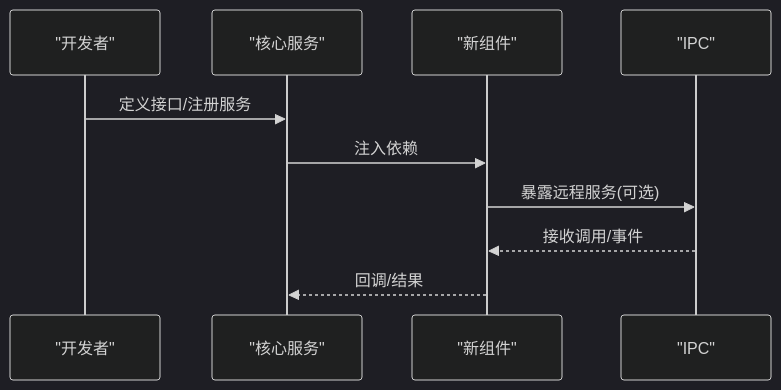
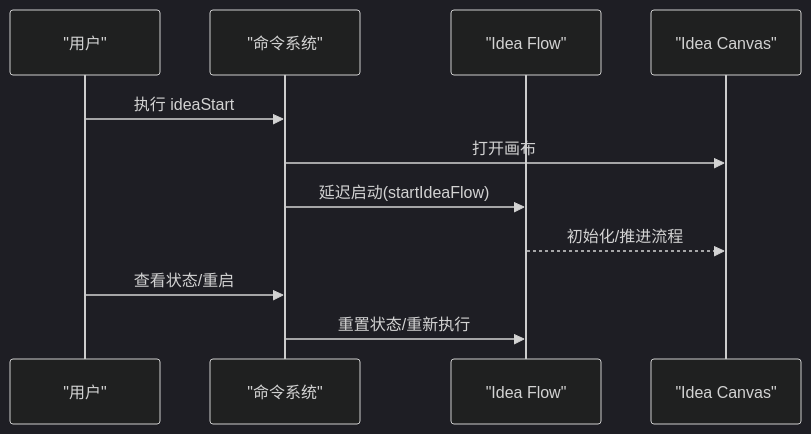
The eighth of 9 diagrams in .qoder/repowiki/zh/content/架构设计/组件交互模式.md (sofate798/KodrixCode), drawn with Mermaid (dark theme) before and after one commit. The commit also changed other lines of this file and 178 other files, not shown here.

````diff
--- a/.qoder/repowiki/zh/content/架构设计/组件交互模式.md
+++ b/.qoder/repowiki/zh/content/架构设计/组件交互模式.md
@@ -273,12 +278,13 @@
 ```mermaid
 sequenceDiagram
-participant Dev as "开发者"
-participant Core as "核心服务"
-participant NewComp as "新组件"
-participant IPC as "IPC"
-Dev->>Core : 定义接口/注册服务
-Core->>NewComp : 注入依赖
-NewComp->>IPC : 暴露远程服务(可选)
-IPC-->>NewComp : 接收调用/事件
-NewComp-->>Core : 回调/结果
+participant User as "用户"
+participant Cmd as "命令系统"
+participant Flow as "Idea Flow"
+participant UI as "Idea Canvas"
+User->>Cmd : 执行 ideaStart
+Cmd->>UI : 打开画布
+Cmd->>Flow : 延迟启动(startIdeaFlow)
+Flow-->>UI : 初始化/推进流程
+User->>Cmd : 查看状态/重启
+Cmd->>Flow : 重置状态/重新执行
 ```
````
